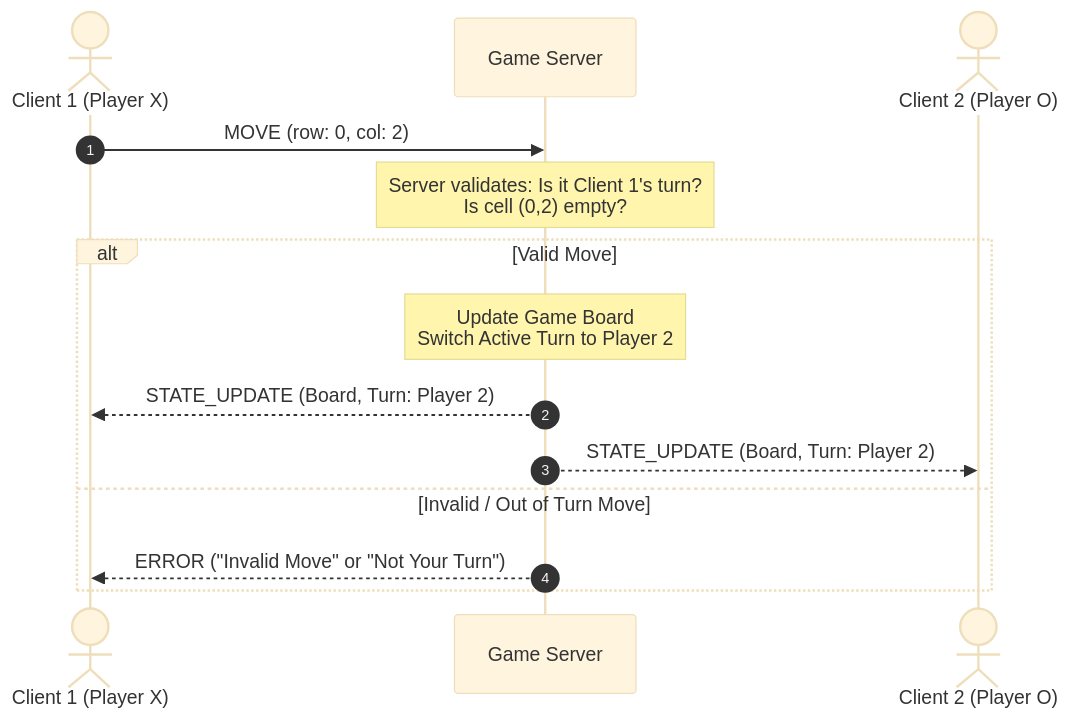
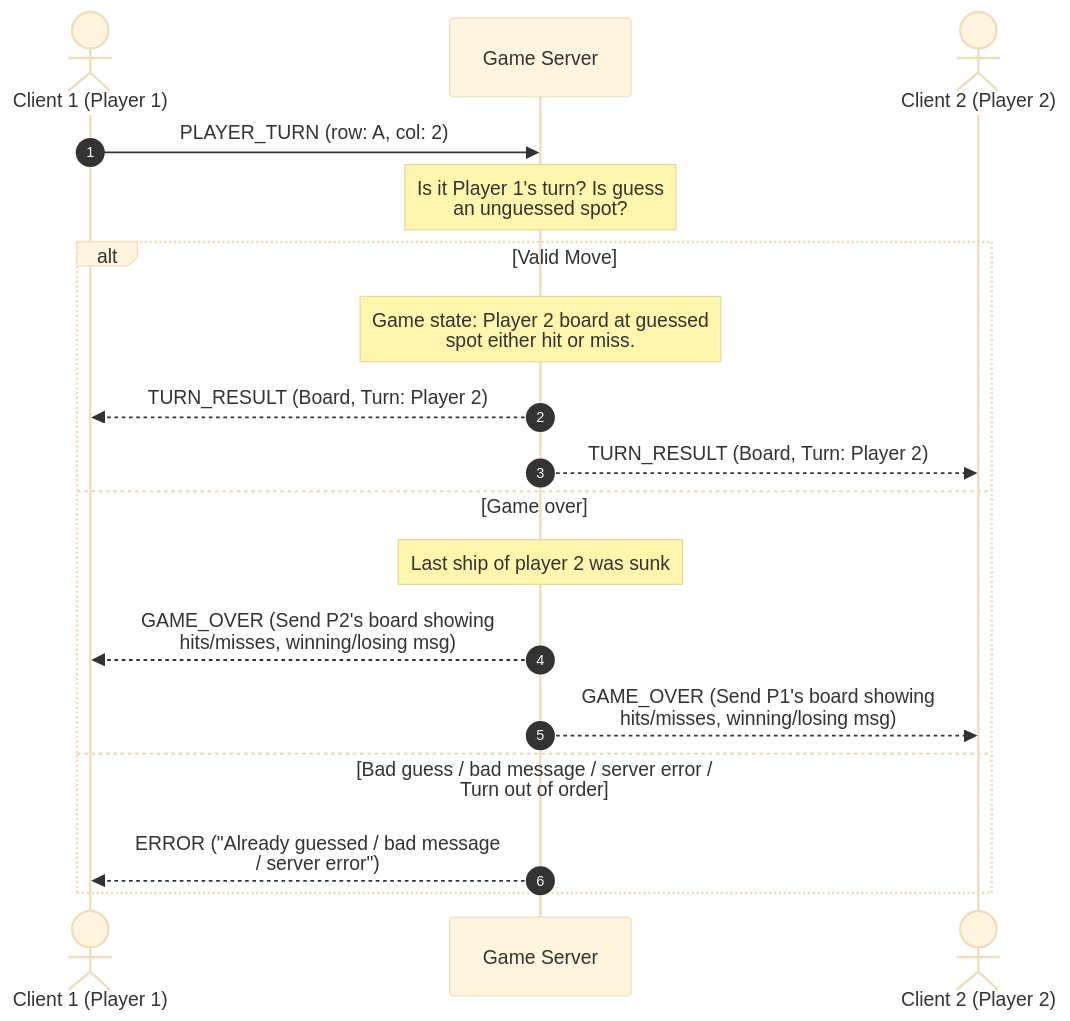
One commit to jbirlingmair/CS457-Networking-Game-Project changed the diagram in sequence_diagram.md. Above: the diagram before and after it, drawn with Mermaid (base theme).

````diff
--- a/sequence_diagram.md
+++ b/sequence_diagram.md
@@ -1,17 +1,21 @@
 ```mermaid
 sequenceDiagram
     autonumber
-    actor Client1 as Client 1 (Player X)
+    actor Client1 as Client 1 (Player 1)
     participant Server as Game Server
-    actor Client2 as Client 2 (Player O)
+    actor Client2 as Client 2 (Player 2)
 
-    Client1->>Server: MOVE (row: 0, col: 2)
-    Note over Server: Server validates: Is it Client 1's turn?<br>Is cell (0,2) empty?
+    Client1->>Server: PLAYER_TURN (row: A, col: 2)
+    Note over Server: Is it Player 1's turn? Is guess<br>an unguessed spot?
     alt Valid Move
-        Note over Server: Update Game Board<br>Switch Active Turn to Player 2
-        Server-->>Client1: STATE_UPDATE (Board, Turn: Player 2)
-        Server-->>Client2: STATE_UPDATE (Board, Turn: Player 2)
-    else Invalid / Out of Turn Move
-        Server-->>Client1: ERROR ("Invalid Move" or "Not Your Turn")
+        Note over Server: Game state: Player 2 board at guessed <br>spot either hit or miss.
+        Server-->>Client1: TURN_RESULT (Board, Turn: Player 2)
+        Server-->>Client2: TURN_RESULT (Board, Turn: Player 2)
+    else Game over
+        Note over Server: Last ship of player 2 was sunk
+        Server-->>Client1: GAME_OVER (Send P2's board showing<br>hits/misses, winning/losing msg)
+        Server-->>Client2: GAME_OVER (Send P1's board showing<br>hits/misses, winning/losing msg)
+    else Bad guess / bad message / server error / Turn out of order
+        Server-->>Client1: ERROR ("Already guessed / bad message <br>/ server error")
     end
 ```
````
